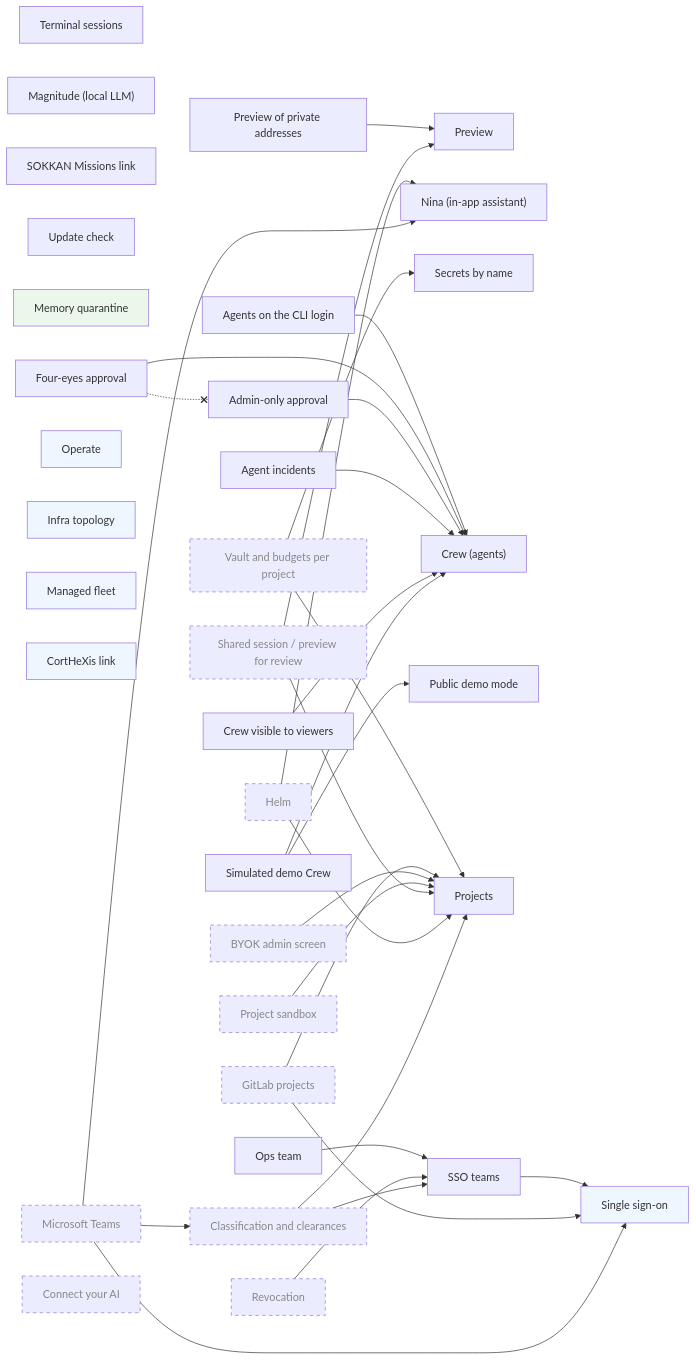
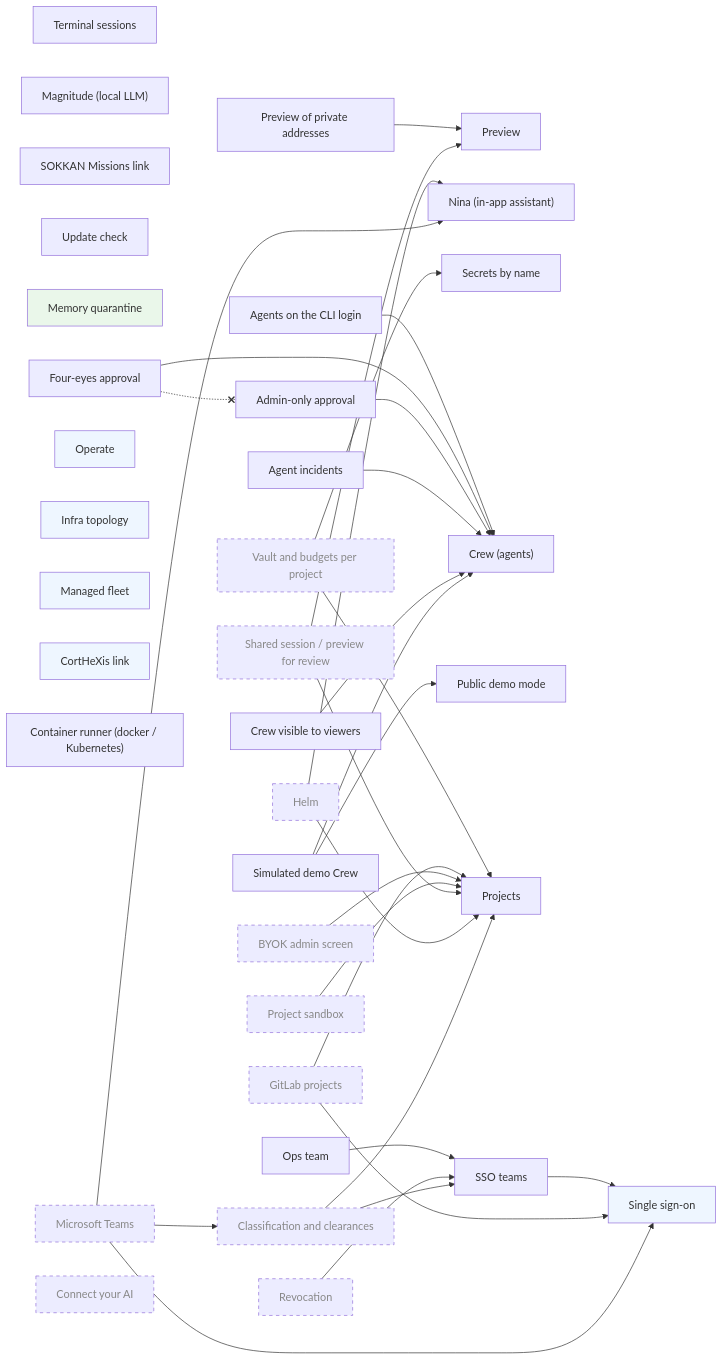
The diagram in docs/enterprise/FEATURES.md (ninabot-ch/sokkan), drawn with Mermaid before and after one commit. The commit also changed other lines of this file and 23 other files, not shown here.

First line of the commit message:
feat(runner): session runners — local (default), docker and kubernetes; session image

````diff
--- a/docs/enterprise/FEATURES.md
+++ b/docs/enterprise/FEATURES.md
@@ -59,71 +60,72 @@
 ```mermaid
 graph LR
   tmux["Terminal sessions"]
   preview["Preview"]
   preview_private_targets["Preview of private addresses"]
   magnitude["Magnitude (local LLM)"]
   assistant["Nina (in-app assistant)"]
   missions_link["SOKKAN Missions link"]
   update_check["Update check"]
   named_secrets["Secrets by name"]
   memory_quarantine["Memory quarantine"]
   agents["Crew (agents)"]
   agents_cli_login["Agents on the CLI login"]
   four_eyes["Four-eyes approval"]
   admin_approval["Admin-only approval"]
   agent_incidents["Agent incidents"]
   crew_viewer_readonly["Crew visible to viewers"]
   demo_banner["Public demo mode"]
   demo_crew["Simulated demo Crew"]
   sso["Single sign-on"]
   multi_project["Projects"]
   sso_teams["SSO teams"]
   operate["Operate"]
   ops_team["Ops team"]
   infra["Infra topology"]
   fleet["Managed fleet"]
   cortex["CortHeXis link"]
+  kubernetes_runner["Container runner (docker / Kubernetes)"]
   project_vault_budgets["Vault and budgets per project"]
   gitlab["GitLab projects"]
   revocation["Revocation"]
   byok_admin["BYOK admin screen"]
   sandbox["Project sandbox"]
   shared_review["Shared session / preview for review"]
   helm["Helm"]
   classification["Classification and clearances"]
   teams["Microsoft Teams"]
   connect_ai["Connect your AI"]
   preview_private_targets --> preview
   agents_cli_login --> agents
   four_eyes --> agents
   admin_approval --> agents
   agent_incidents --> agents
   crew_viewer_readonly --> agents
   demo_crew --> agents
   demo_crew --> demo_banner
   sso_teams --> sso
   ops_team --> sso_teams
   project_vault_budgets --> multi_project
   project_vault_budgets --> named_secrets
   gitlab --> multi_project
   gitlab --> sso
   revocation --> sso_teams
   byok_admin --> multi_project
   sandbox --> multi_project
   shared_review --> preview
   shared_review --> multi_project
   helm --> multi_project
   helm --> assistant
   classification --> multi_project
   classification --> sso_teams
   teams --> assistant
   teams --> classification
   teams --> sso
   four_eyes -.-x admin_approval
   classDef planned stroke-dasharray: 5 5,color:#888;
   classDef integration fill:#eef6ff;
   classDef invariant fill:#eaf7ea;
   class project_vault_budgets,gitlab,revocation,byok_admin,sandbox,shared_review,helm,classification,teams,connect_ai planned;
   class sso,operate,infra,fleet,cortex integration;
   class memory_quarantine invariant;
 ```
````
